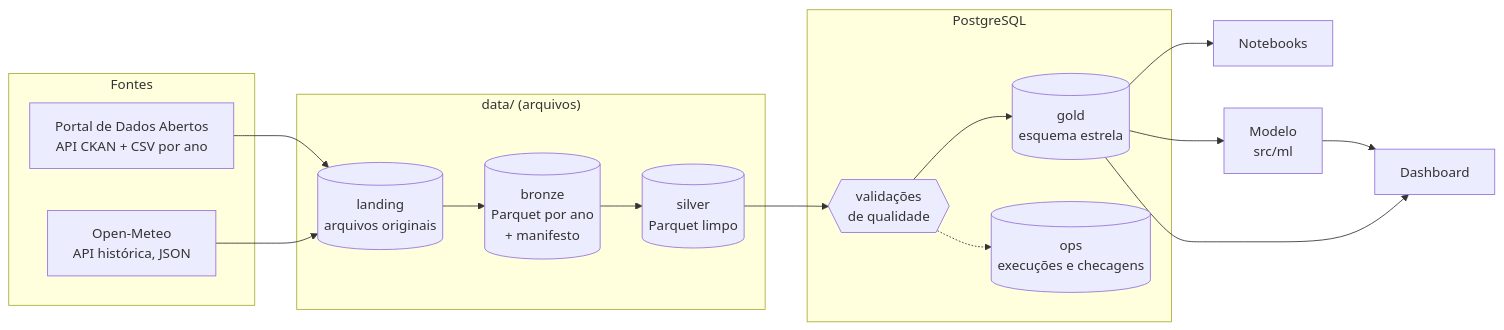
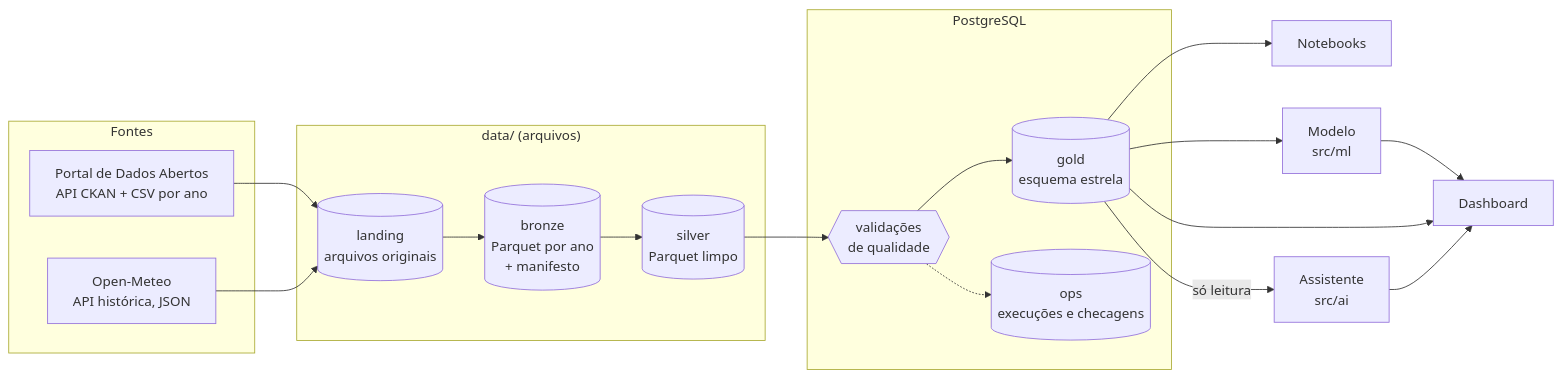
One commit to nogsposito/recife-156 changed the first of 2 diagrams in docs/architecture.md. Above: the diagram before and after it, drawn with Mermaid. The commit also changed other lines of this file and 26 other files, not shown here.

````diff
--- a/docs/architecture.md
+++ b/docs/architecture.md
@@ -5,25 +5,27 @@
 ```mermaid
 flowchart LR
     subgraph Fontes
         A[Portal de Dados Abertos<br/>API CKAN + CSV por ano]
         W[Open-Meteo<br/>API histórica, JSON]
     end
     subgraph Lake["data/ (arquivos)"]
         L[(landing<br/>arquivos originais)]
         B[(bronze<br/>Parquet por ano<br/>+ manifesto)]
         S[(silver<br/>Parquet limpo)]
     end
     subgraph Banco["PostgreSQL"]
         Q{{validações<br/>de qualidade}}
         G[(gold<br/>esquema estrela)]
         O[(ops<br/>execuções e checagens)]
     end
     A --> L
     W --> L
     L --> B --> S --> Q --> G
     Q -.-> O
     G --> N[Notebooks]
     G --> M[Modelo<br/>src/ml]
     M --> D[Dashboard]
     G --> D
+    G -->|só leitura| AI[Assistente<br/>src/ai]
+    AI --> D
 ```
````
